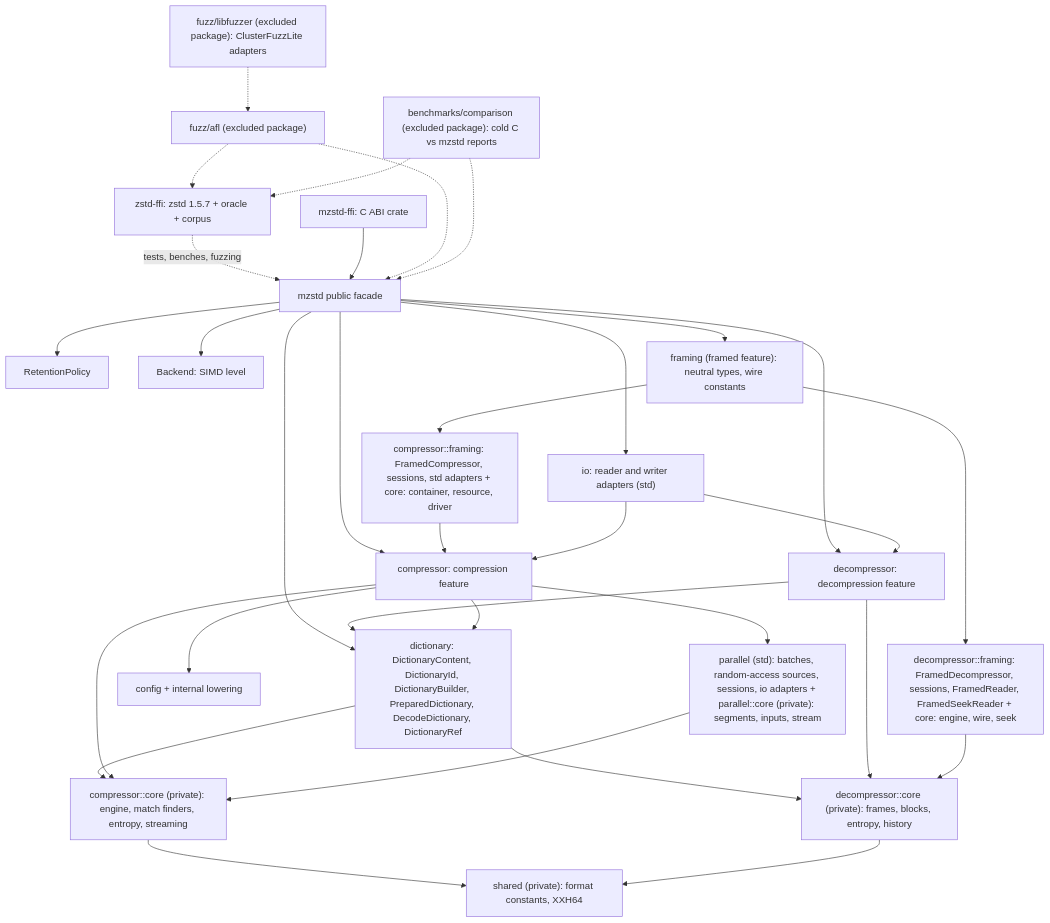
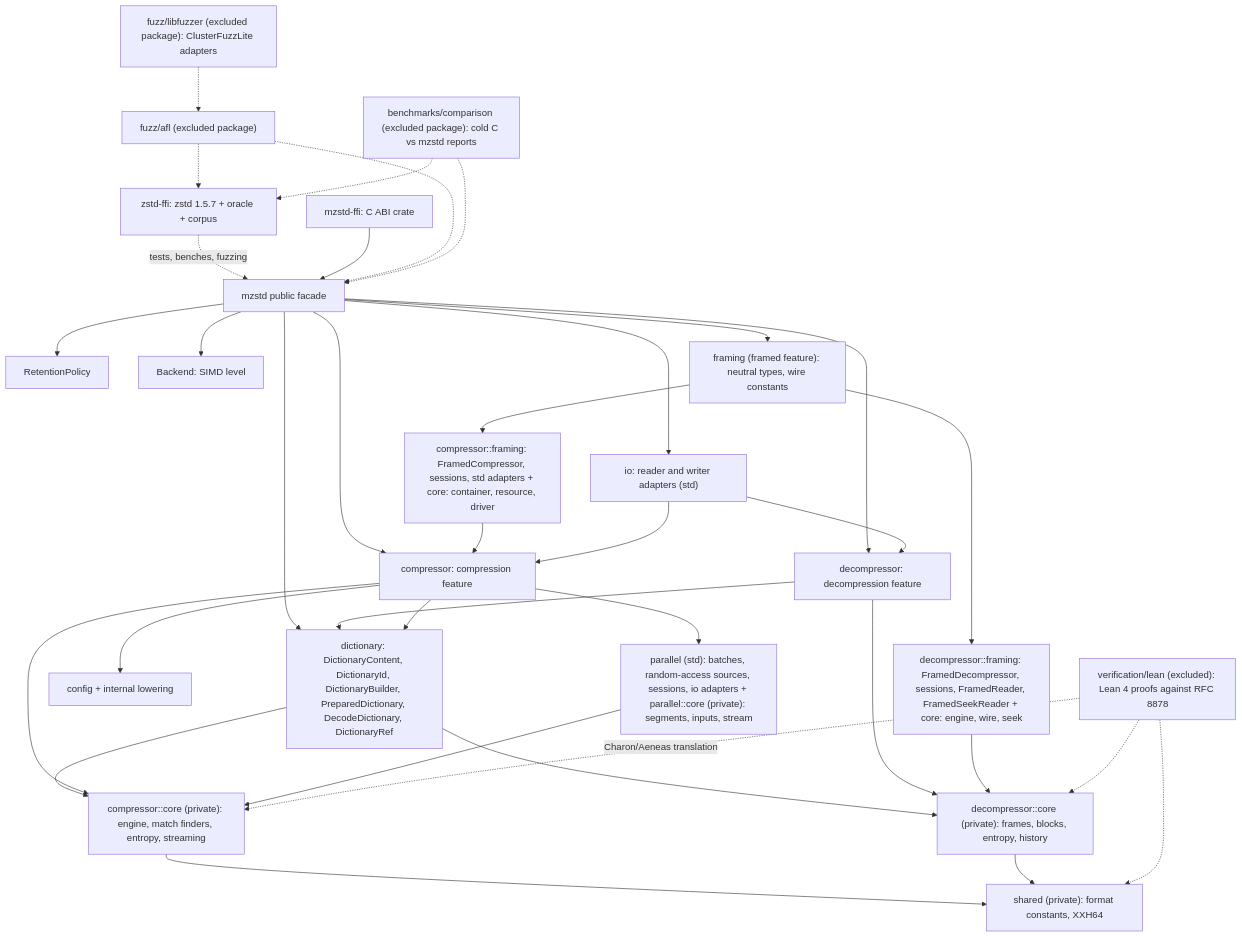
One commit to M-Compressors/mzstd changed the diagram in architecture/README.md. Above: the diagram before and after it, drawn with Mermaid. The commit also changed other lines of this file and 34 other files, not shown here.

Commit message:
Add basic lean verification

````diff
--- a/architecture/README.md
+++ b/architecture/README.md
@@ -11,34 +11,37 @@
 ```mermaid
 graph TD
     Root[mzstd public facade] --> Encode[compressor: compression feature]
     Root --> Decode[decompressor: decompression feature]
     Root --> Ret[RetentionPolicy]
     Root --> Back[Backend: SIMD level]
     Root --> IO["io: reader and writer adapters (std)"]
     Root --> Dict["dictionary: DictionaryContent, DictionaryId, DictionaryBuilder, PreparedDictionary, DecodeDictionary, DictionaryRef"]
     Decode --> Dict
     Encode --> Dict
     Dict --> DCore
     Dict --> ECore
     Encode --> Cfg[config + internal lowering]
     Encode --> ECore["compressor::core (private): engine, match finders, entropy, streaming"]
     Encode --> Par["parallel (std): batches, random-access sources, sessions, io adapters + parallel::core (private): segments, inputs, stream"]
     Par --> ECore
     Decode --> DCore["decompressor::core (private): frames, blocks, entropy, history"]
     Root --> Framing["framing (framed feature): neutral types, wire constants"]
     Framing --> FEnc["compressor::framing: FramedCompressor, sessions, std adapters + core: container, resource, driver"]
     Framing --> FDec["decompressor::framing: FramedDecompressor, sessions, FramedReader, FramedSeekReader + core: engine, wire, seek"]
     FEnc --> Encode
     FDec --> DCore
     ECore --> Shared["shared (private): format constants, XXH64"]
     DCore --> Shared
     IO --> Encode
     IO --> Decode
     Ref["zstd-ffi: zstd 1.5.7 + oracle + corpus"] -. tests, benches, fuzzing .-> Root
     CABI["mzstd-ffi: C ABI crate"] --> Root
     Fuzz["fuzz/afl (excluded package)"] -.-> Root
     Fuzz -.-> Ref
     LibFuzz["fuzz/libfuzzer (excluded package): ClusterFuzzLite adapters"] -.-> Fuzz
     Cmp["benchmarks/comparison (excluded package): cold C vs mzstd reports"] -.-> Root
     Cmp -.-> Ref
+    Lean["verification/lean (excluded): Lean 4 proofs against RFC 8878"] -. Charon/Aeneas translation .-> ECore
+    Lean -.-> DCore
+    Lean -.-> Shared
 ```
````
